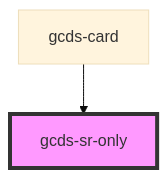
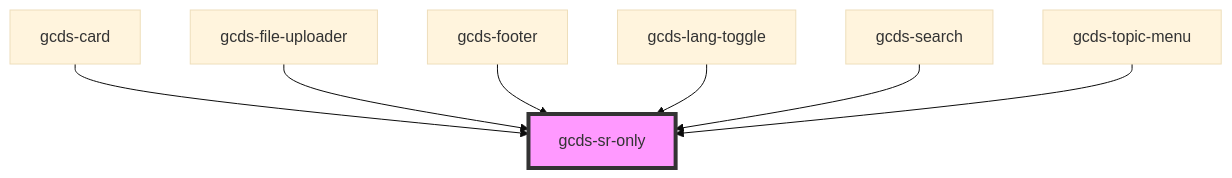
The diagram in packages/web/src/components/gcds-sr-only/readme.md (cds-snc/gcds-components), drawn with Mermaid (base theme) before and after one commit. The commit also changed other lines of this file and 11 other files, not shown here.

````diff
--- a/packages/web/src/components/gcds-sr-only/readme.md
+++ b/packages/web/src/components/gcds-sr-only/readme.md
@@ -22,5 +27,10 @@
 ```mermaid
 graph TD;
   gcds-card --> gcds-sr-only
+  gcds-file-uploader --> gcds-sr-only
+  gcds-footer --> gcds-sr-only
+  gcds-lang-toggle --> gcds-sr-only
+  gcds-search --> gcds-sr-only
+  gcds-topic-menu --> gcds-sr-only
   style gcds-sr-only fill:#f9f,stroke:#333,stroke-width:4px
 ```
````
